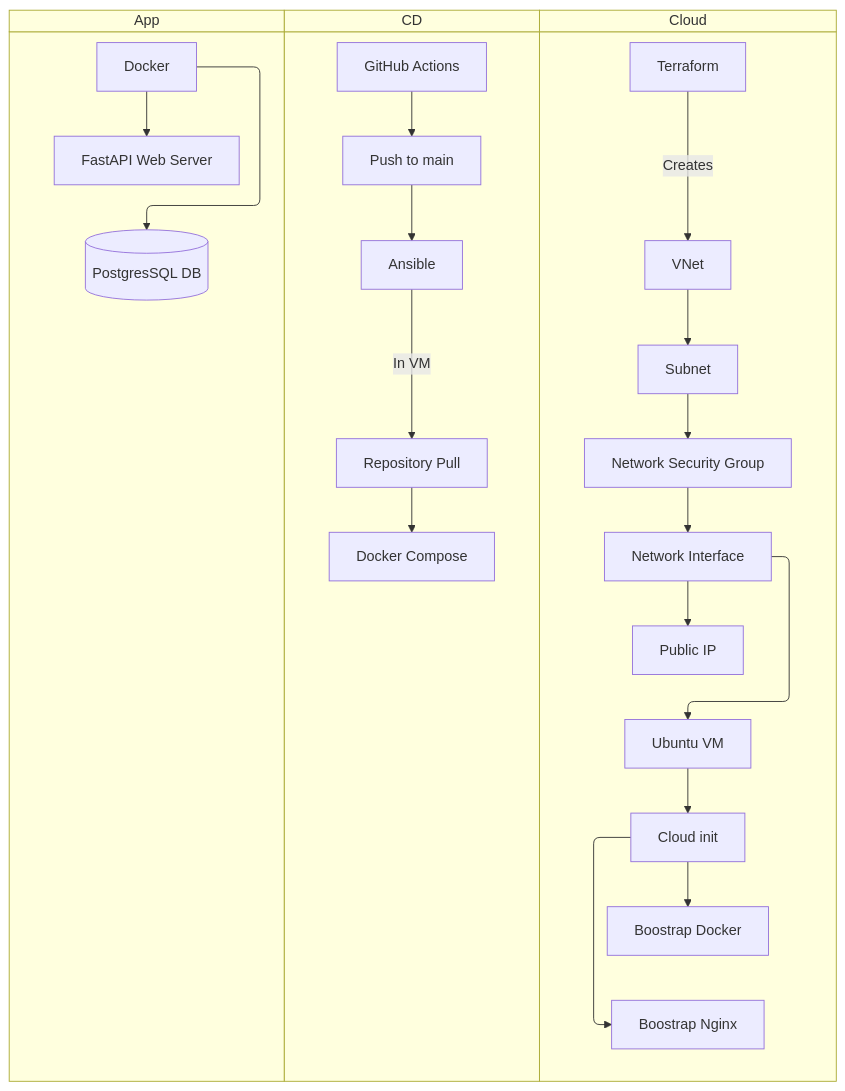
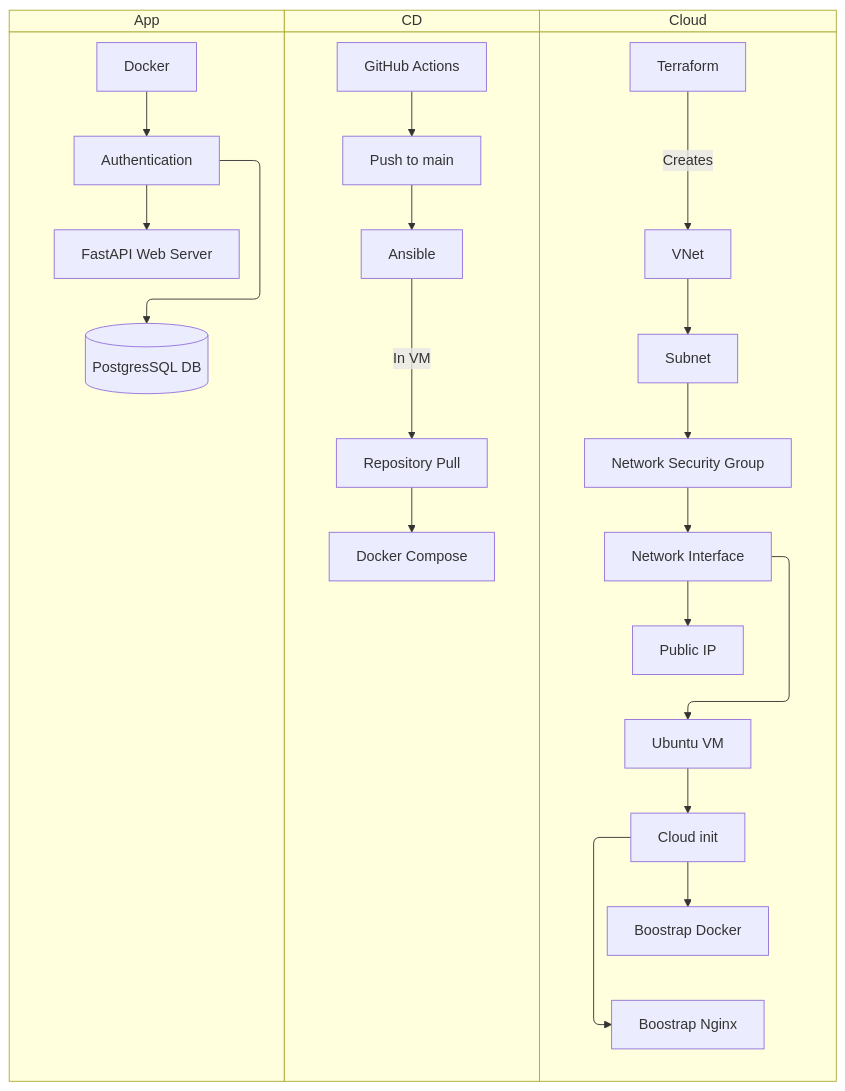
The diagram in README.md (pulszar/cloud-deployment), drawn with Mermaid before and after one commit. The commit also changed other lines of this file and 2 other files, not shown here.

````diff
--- a/README.md
+++ b/README.md
@@ -9,49 +9,51 @@
 ```mermaid
     swimlane-beta TB
         subgraph App
             Docker[Docker]
             db[(PostgresSQL DB)]
+            auth[Authentication]
             FastAPI[FastAPI Web Server]
         end
 
         subgraph CD
             GitHub[GitHub Actions]
             cd_event[Push to main]
             Ansible[Ansible]
             pull[Repository Pull]
             compose[Docker Compose]
         end
 
         subgraph Cloud
             tf[Terraform]
             public_ip[Public IP]
             vnet[VNet]
             subnet[Subnet]
             nic[Network Interface]
             nsg[Network Security Group]
             vm[Ubuntu VM]
 
             init[Cloud init]
             nginx_bs[Boostrap Nginx]
             docker_bs[Boostrap Docker]
         end
 
-        Docker --> FastAPI
-        Docker --> db
+        Docker --> auth
+        auth --> FastAPI
+        auth --> db
 
         GitHub --> cd_event
         cd_event --> Ansible
         Ansible -->|In VM|pull
         pull --> compose
 
         tf -->|Creates| vnet
         vnet --> subnet
         subnet --> nsg
         nsg --> nic
         nic --> public_ip
         nic --> vm
 
         vm --> init
         init --> nginx_bs
         init --> docker_bs
 ```
````
